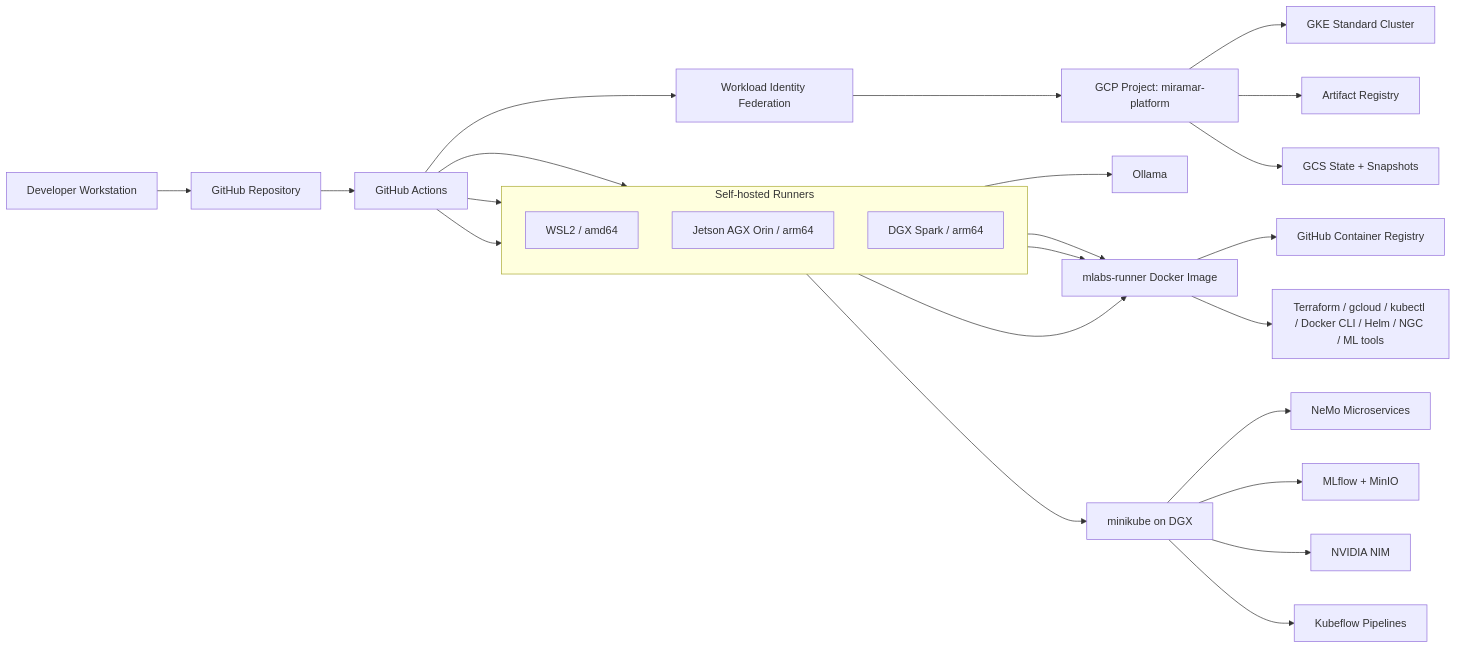
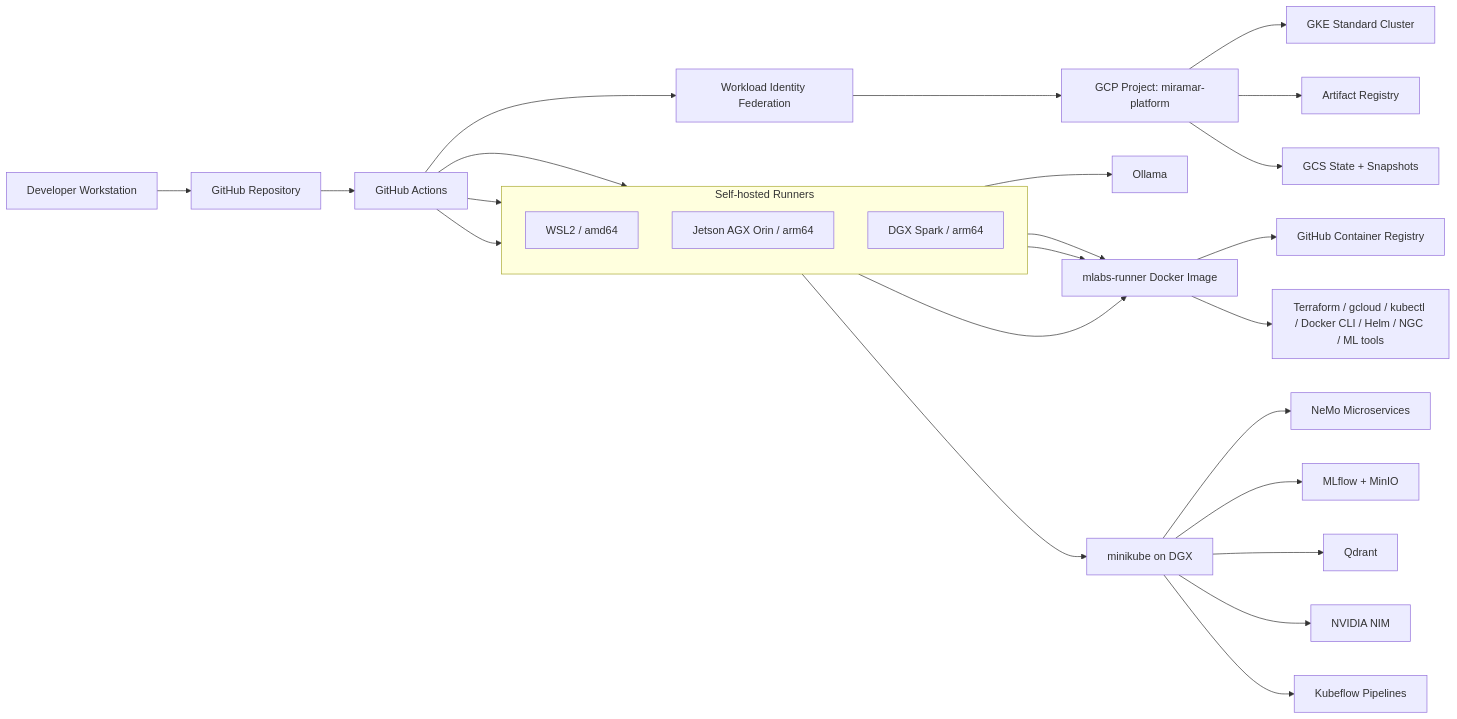
One commit to miramar-labs-org/miramar-platform-gcp changed the diagram in README.md. Above: the diagram before and after it, drawn with Mermaid. The commit also changed other lines of this file and 8 other files, not shown here.

````diff
--- a/README.md
+++ b/README.md
@@ -19,38 +19,39 @@
 ```mermaid
 flowchart LR
     Dev[Developer Workstation] --> GH[GitHub Repository]
     GH --> GHA[GitHub Actions]
 
     subgraph runners[Self-hosted Runners]
         direction TB
         WSL2[WSL2 / amd64]
         AGX[Jetson AGX Orin / arm64]
         DGX[DGX Spark / arm64]
     end
 
     GHA --> WSL2
     GHA --> AGX
     GHA --> DGX
 
     WSL2 --> RunnerImage[mlabs-runner Docker Image]
     AGX --> RunnerImage
     DGX --> RunnerImage
 
     RunnerImage --> GHCR[GitHub Container Registry]
     RunnerImage --> Tools[Terraform / gcloud / kubectl / Docker CLI / Helm / NGC / ML tools]
 
     DGX --> Ollama[Ollama]
 
     GHA --> WIF[Workload Identity Federation]
     WIF --> GCP[GCP Project: miramar-platform]
 
     GCP --> GKE[GKE Standard Cluster]
     GCP --> GAR[Artifact Registry]
     GCP --> GCS[GCS State + Snapshots]
 
     DGX --> Mini[minikube on DGX]
     Mini --> Nemo[NeMo Microservices]
     Mini --> MLflow[MLflow + MinIO]
+    Mini --> Qdrant[Qdrant]
     Mini --> NIM[NVIDIA NIM]
     Mini --> KFP[Kubeflow Pipelines]
 ```
````
